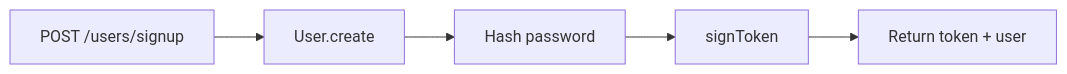
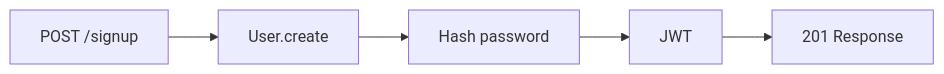
One commit to mohamedmadyan56/San3a-Fullstack changed the fifth of 15 diagrams in san3a-project/backend/SAN3A_BACKEND_DOCUMENTATION.md. Above: the diagram before and after it, drawn with Mermaid. The commit also changed other lines of this file, not shown here.

````diff
--- a/san3a-project/backend/SAN3A_BACKEND_DOCUMENTATION.md
+++ b/san3a-project/backend/SAN3A_BACKEND_DOCUMENTATION.md
@@ -1229,7 +860,4 @@
 ```mermaid
 flowchart LR
-    A[POST /users/signup] --> B[User.create]
-    B --> C[Hash password]
-    C --> D[signToken]
-    D --> E[Return token + user]
+    A[POST /signup] --> B[User.create] --> C[Hash password] --> D[JWT] --> E[201 Response]
 ```
````
